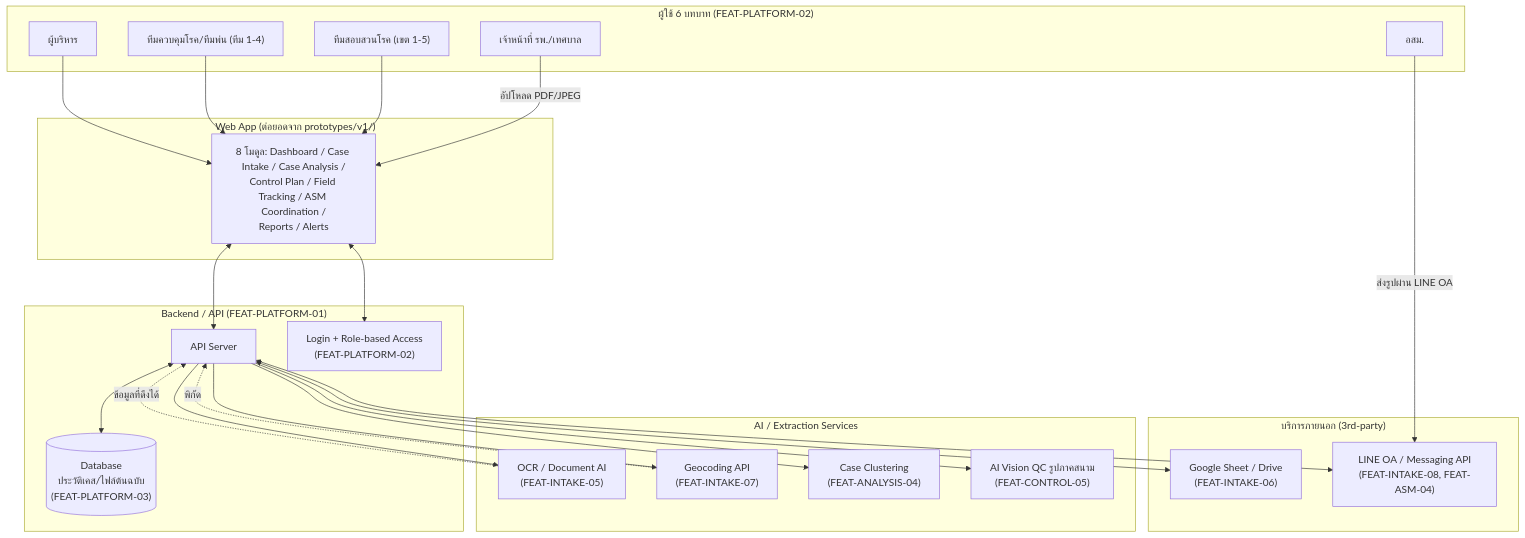
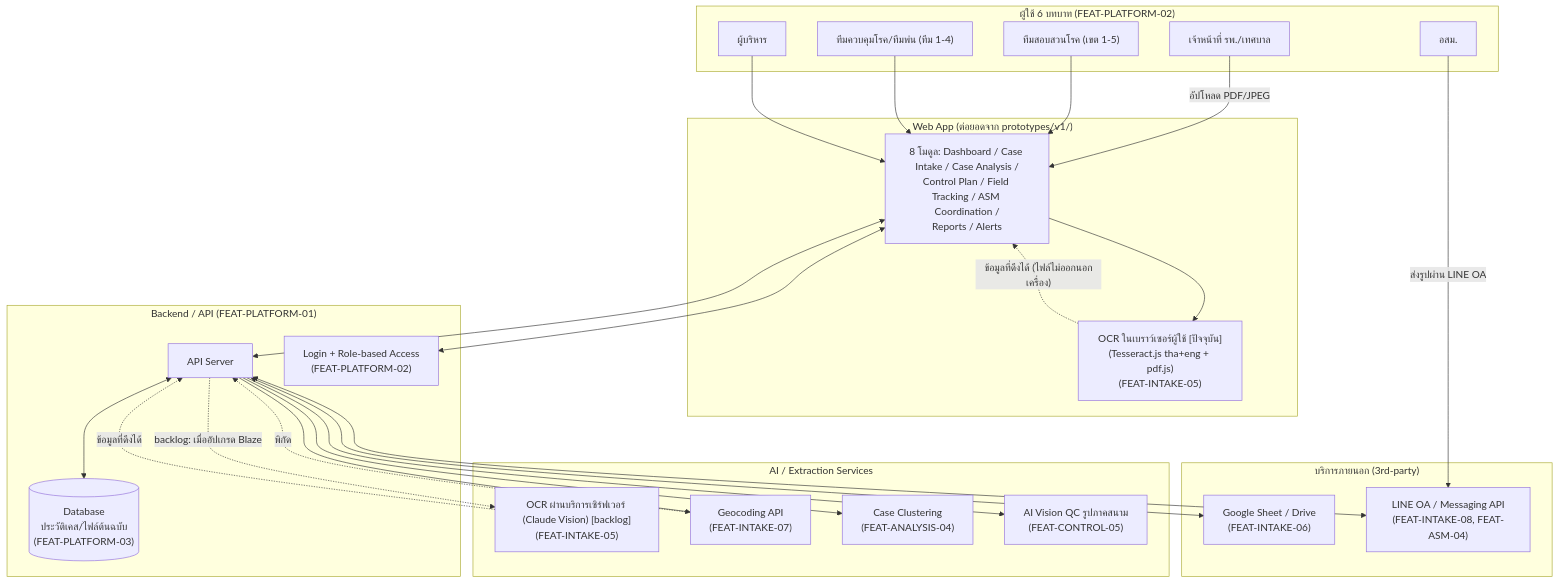
The second of 4 diagrams in docs/02-design/02-technical/HIGH-LEVEL-ARCHITECTURE.md (Plabuchill/AI-DSRP-oneshot), drawn with Mermaid before and after one commit. The commit also changed other lines of this file and 8 other files, not shown here.

Commit message:
Sync design docs with in-browser OCR (Tesseract.js) and new OCR Review fields

````diff
--- a/docs/02-design/02-technical/HIGH-LEVEL-ARCHITECTURE.md
+++ b/docs/02-design/02-technical/HIGH-LEVEL-ARCHITECTURE.md
@@ -18,51 +18,54 @@
 ```mermaid
 flowchart TB
   subgraph Users["ผู้ใช้ 6 บทบาท (FEAT-PLATFORM-02)"]
     U1["เจ้าหน้าที่ รพ./เทศบาล"]
     U2["ทีมสอบสวนโรค (เขต 1-5)"]
     U3["ทีมควบคุมโรค/ทีมพ่น (ทีม 1-4)"]
     U4["อสม."]
     U5["ผู้บริหาร"]
   end
 
   subgraph Frontend["Web App (ต่อยอดจาก prototypes/v1/)"]
     FE["8 โมดูล: Dashboard / Case Intake / Case Analysis /\nControl Plan / Field Tracking / ASM Coordination /\nReports / Alerts"]
+    OCRC["OCR ในเบราว์เซอร์ผู้ใช้ [ปัจจุบัน]\n(Tesseract.js tha+eng + pdf.js)\n(FEAT-INTAKE-05)"]
   end
 
   subgraph Backend["Backend / API (FEAT-PLATFORM-01)"]
     API["API Server"]
     AUTH["Login + Role-based Access\n(FEAT-PLATFORM-02)"]
     DB[("Database\nประวัติเคส/ไฟล์ต้นฉบับ\n(FEAT-PLATFORM-03)")]
   end
 
   subgraph AI["AI / Extraction Services"]
-    OCR["OCR / Document AI\n(FEAT-INTAKE-05)"]
+    OCR["OCR ผ่านบริการเซิร์ฟเวอร์ (Claude Vision) [backlog]\n(FEAT-INTAKE-05)"]
     GEO["Geocoding API\n(FEAT-INTAKE-07)"]
     CLUSTER["Case Clustering\n(FEAT-ANALYSIS-04)"]
     VISION["AI Vision QC รูปภาคสนาม\n(FEAT-CONTROL-05)"]
   end
 
   subgraph External["บริการภายนอก (3rd-party)"]
     SHEET["Google Sheet / Drive\n(FEAT-INTAKE-06)"]
     LINE["LINE OA / Messaging API\n(FEAT-INTAKE-08, FEAT-ASM-04)"]
   end
 
   U1 -- "อัปโหลด PDF/JPEG" --> FE
   U2 --> FE
   U3 --> FE
   U4 -- "ส่งรูปผ่าน LINE OA" --> LINE
   U5 --> FE
 
   FE <--> AUTH
   FE <--> API
+  FE --> OCRC
+  OCRC -. "ข้อมูลที่ดึงได้ (ไฟล์ไม่ออกนอกเครื่อง)" .-> FE
   API <--> DB
-  API --> OCR
+  API -. "backlog: เมื่ออัปเกรด Blaze" .-> OCR
   API --> GEO
   API --> CLUSTER
   API --> VISION
   API <--> SHEET
   API <--> LINE
 
   OCR -. "ข้อมูลที่ดึงได้" .-> API
   GEO -. "พิกัด" .-> API
 ```
````
